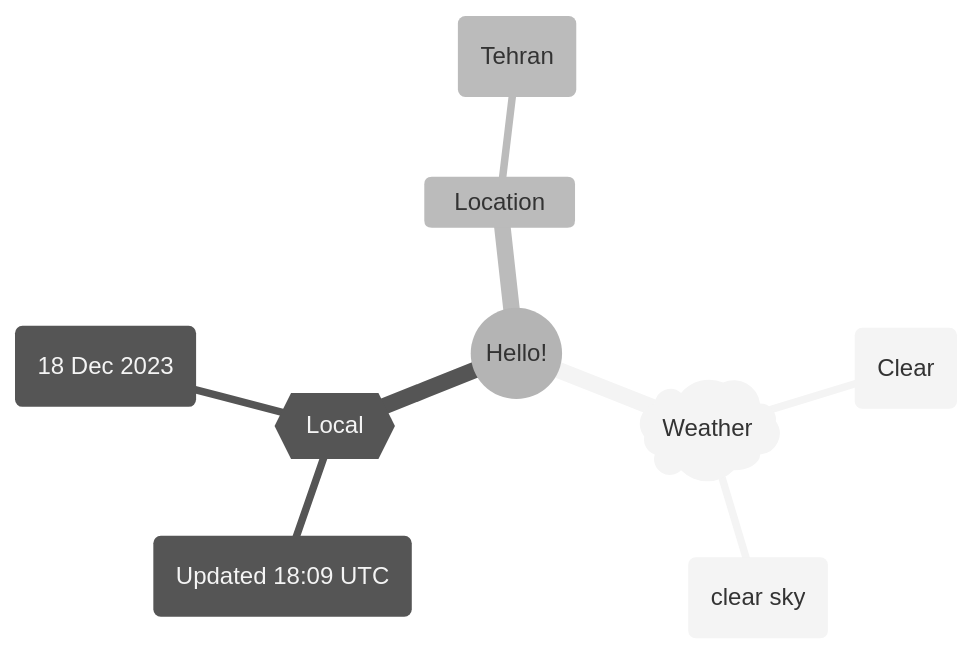
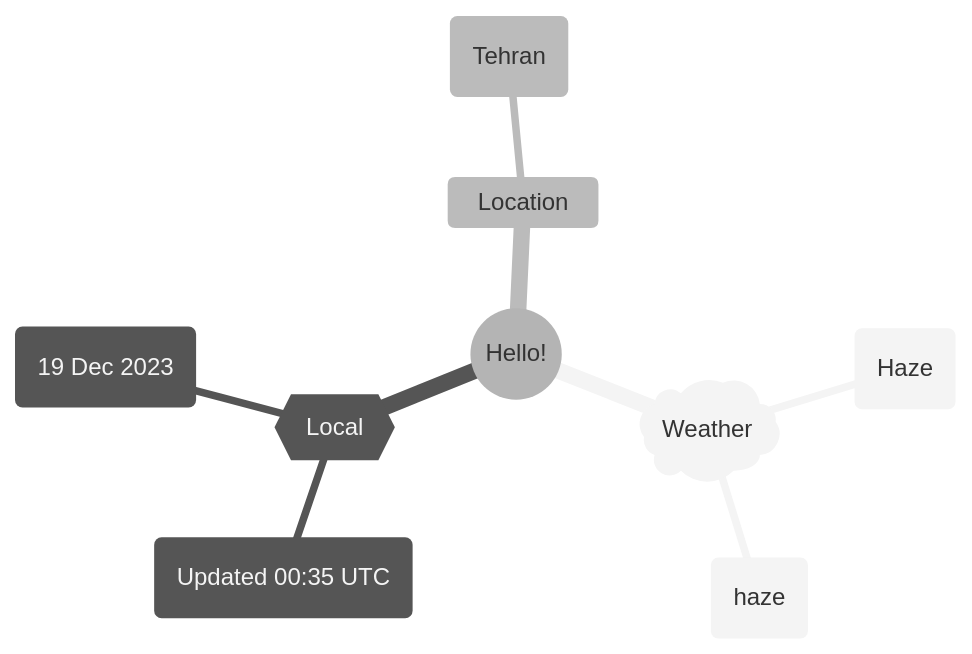
Before and after one commit to Xosrov/Xosrov: the first of 2 diagrams in README.md, drawn with Mermaid (neutral theme).

Commit message:
[bot] updated images

````diff
--- a/README.md
+++ b/README.md
@@ -3,12 +3,12 @@
 ```mermaid
 mindmap
   root((Hello!))
     )Weather(
-        (Clear)
-        (clear sky)
+        (Haze)
+        (haze)
     {{Local}}
-        (Updated 18:09 UTC)
-        (18 Dec 2023)
+        (Updated 00:35 UTC)
+        (19 Dec 2023)
     Location
         (Tehran)
 ```
````
